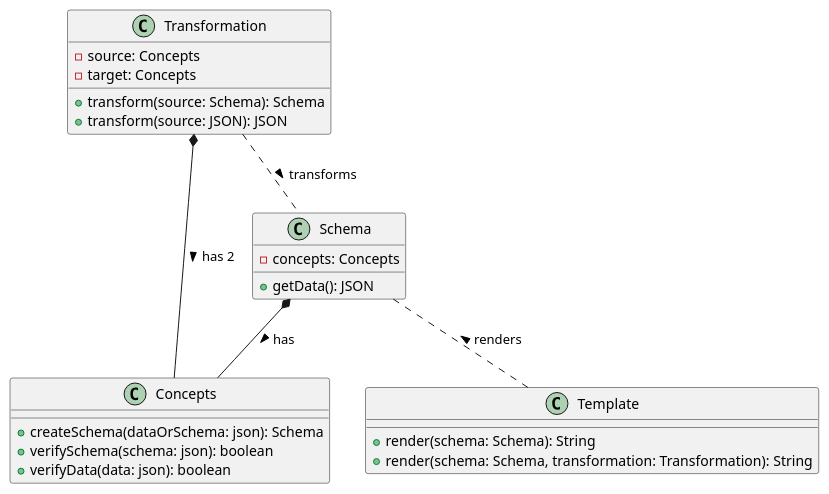
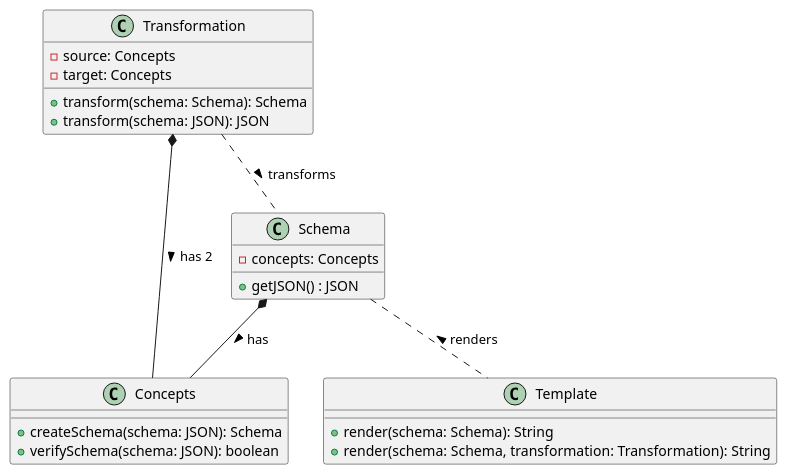
One commit to mouseless/json-concepts changed the diagram in buildrjs/specs/00-usecases/01-render-text-using-a-template-with-any-json.md. Above: the diagram before and after it, drawn with PlantUML. The commit also changed other lines of this file and 3 other files, not shown here.

Commit message:
draft for schemas and transformations

````diff
--- a/buildrjs/specs/00-usecases/01-render-text-using-a-template-with-any-json.md
+++ b/buildrjs/specs/00-usecases/01-render-text-using-a-template-with-any-json.md
@@ -21,29 +23,28 @@
 ```plantuml
 class Concepts {
-    + createSchema(dataOrSchema: json): Schema
-    + verifySchema(schema: json): boolean
-    + verifyData(data: json): boolean
+    + createSchema(schema: JSON): Schema
+    + verifySchema(schema: JSON): boolean
 }
 
 class Schema {
     - concepts: Concepts
-    + getData(): JSON
+    + getJSON() : JSON
 }
 
 class Transformation {
     - source: Concepts
     - target: Concepts
-    + transform(source: Schema): Schema
-    + transform(source: JSON): JSON
+    + transform(schema: Schema): Schema
+    + transform(schema: JSON): JSON
 }
 
 class Template {
     + render(schema: Schema): String
     + render(schema: Schema, transformation: Transformation): String
 }
 
 Transformation *-- Concepts : has 2 >
 Schema *-- Concepts : has > 
 Transformation .. Schema : transforms >
 Schema .. Template : renders <
 ```
````
